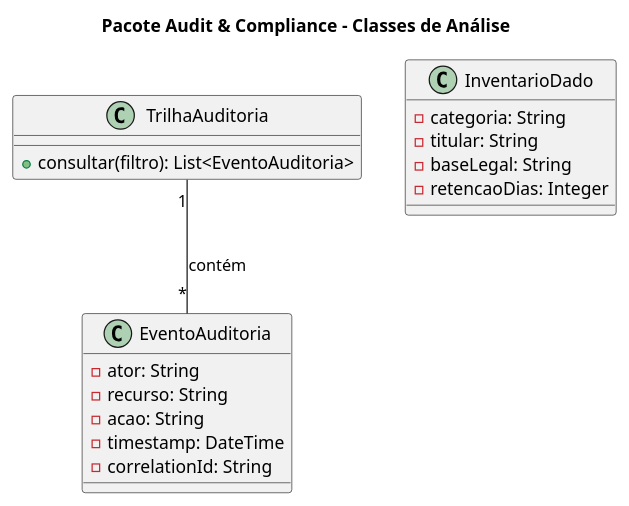
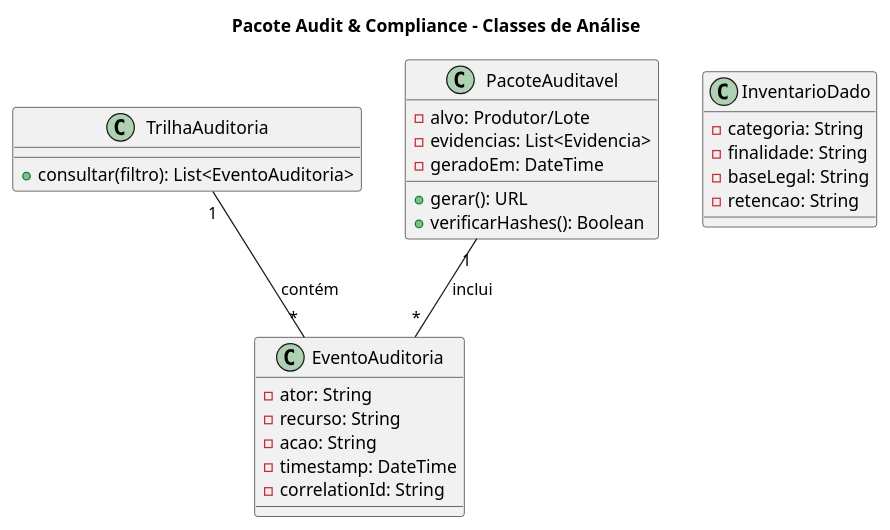
The sixth of 6 diagrams in docs/Elaboracao/modelo_analise_seguranca.md (Projetos-de-Extensao/PC_ADS_26.2_8001_II), drawn with PlantUML before and after one commit. The commit also changed other lines of this file and 8 other files, not shown here.

````diff
--- a/docs/Elaboracao/modelo_analise_seguranca.md
+++ b/docs/Elaboracao/modelo_analise_seguranca.md
@@ -457,26 +478,35 @@
 ```plantuml
 @startuml AuditCompliance_Classes
 title Pacote Audit & Compliance - Classes de Análise
 
 class EventoAuditoria {
   -ator: String
   -recurso: String
   -acao: String
   -timestamp: DateTime
   -correlationId: String
 }
 
 class TrilhaAuditoria {
   +consultar(filtro): List<EventoAuditoria>
 }
 
+class PacoteAuditavel {
+  -alvo: Produtor/Lote
+  -evidencias: List<Evidencia>
+  -geradoEm: DateTime
+  +gerar(): URL
+  +verificarHashes(): Boolean
+}
+
 class InventarioDado {
   -categoria: String
-  -titular: String
+  -finalidade: String
   -baseLegal: String
-  -retencaoDias: Integer
+  -retencao: String
 }
 
 TrilhaAuditoria "1" -- "*" EventoAuditoria : contém
+PacoteAuditavel "1" -- "*" EventoAuditoria : inclui
 @enduml
 ```
````
